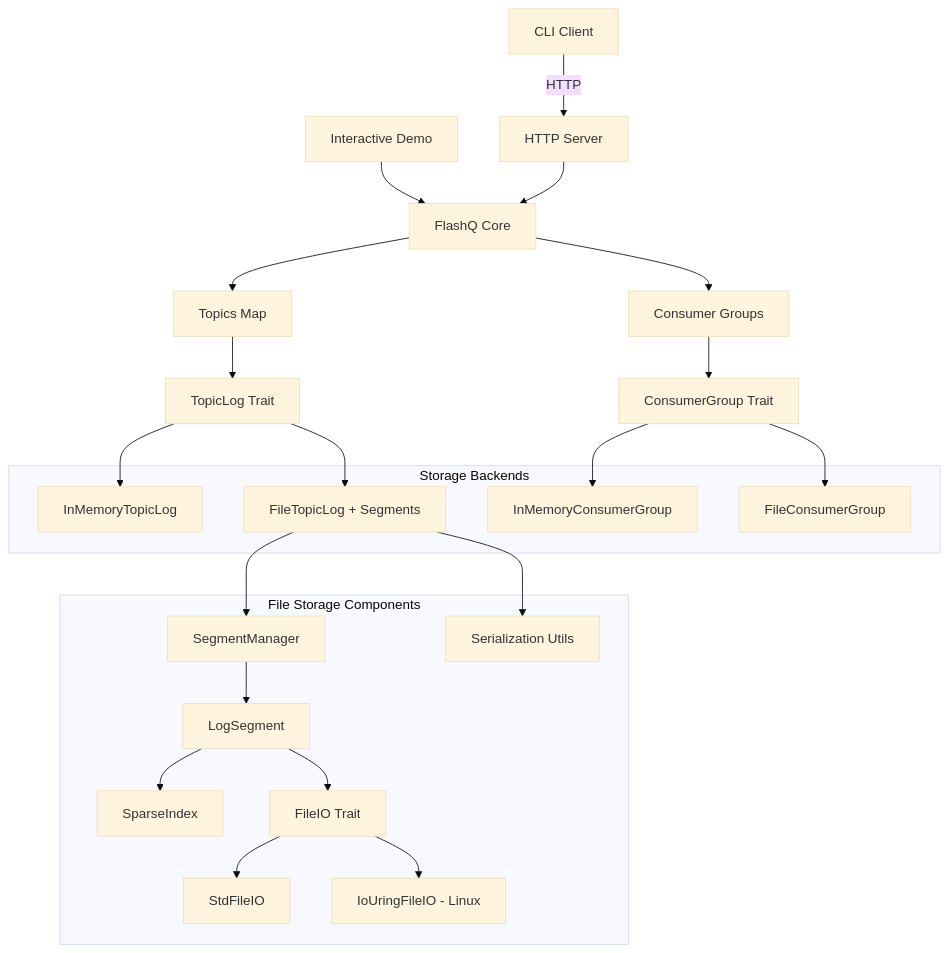
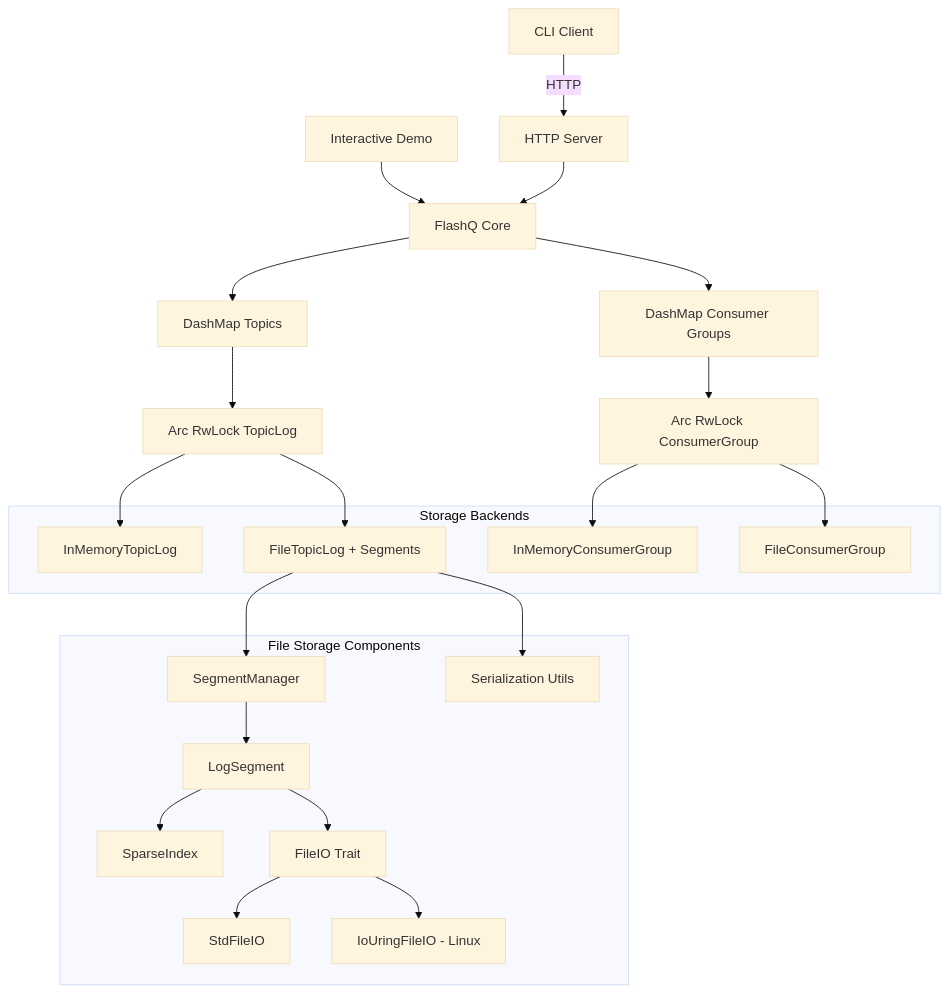
One commit to harshitmahapatra/flashq changed the first of 2 diagrams in docs/architecture.md. Above: the diagram before and after it, drawn with Mermaid (base theme). The commit also changed other lines of this file and 9 other files, not shown here.

First line of the commit message:
Replace Mutex with DashMap for improved concurrency (#54)

````diff
--- a/docs/architecture.md
+++ b/docs/architecture.md
@@ -7,42 +7,42 @@
 ```mermaid
 graph TD
     A[CLI Client] -->|HTTP| B[HTTP Server]
     C[Interactive Demo] --> D[FlashQ Core]
     B --> D
     
-    D --> E[Topics Map]
-    D --> F[Consumer Groups]
+    D --> E[DashMap Topics]
+    D --> F[DashMap Consumer Groups]
     
-    E --> G[TopicLog Trait]
-    F --> H[ConsumerGroup Trait]
+    E --> G[Arc RwLock TopicLog]
+    F --> H[Arc RwLock ConsumerGroup]
     
     subgraph "Storage Backends"
         I[InMemoryTopicLog]
         J[FileTopicLog + Segments]
         K[InMemoryConsumerGroup]
         L[FileConsumerGroup]
     end
     
     subgraph "File Storage Components"
         M[SegmentManager]
         N[LogSegment]
         O[SparseIndex]
         P[Serialization Utils]
         Q[FileIO Trait]
         R[StdFileIO]
         S[IoUringFileIO - Linux]
     end
     
     J --> M
     M --> N
     N --> O
     J --> P
     N --> Q
     Q --> R
     Q --> S
     
     G --> I
     G --> J
     H --> K
     H --> L
 ```
````
